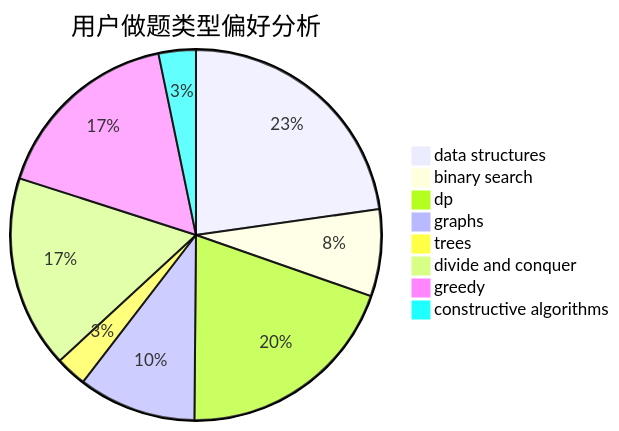
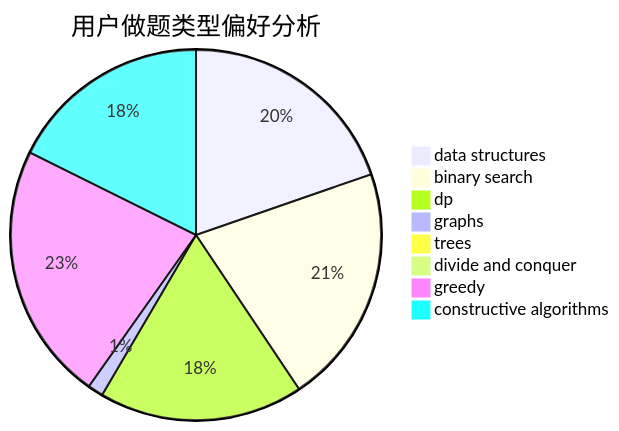
The second of 3 diagrams in docs/user/u891.md (sherpahu/cfrs.github.io), drawn with Mermaid before and after one commit. The commit also changed other lines of this file and 2770 other files, not shown here.

````diff
--- a/docs/user/u891.md
+++ b/docs/user/u891.md
@@ -23,11 +23,11 @@
 ```mermaid
 pie title 用户做题类型偏好分析
-    "data structures" :  84
-    "binary search" :  28
-    "dp" :  73
-    "graphs" :  38
-    "trees" :  10
-    "divide and conquer" :  62
-    "greedy" :  62
-    "constructive algorithms" :  12
+    "data structures" :  465
+    "binary search" :  494
+    "dp" :  421
+    "graphs" :  32
+    "trees" :  0
+    "divide and conquer" :  0
+    "greedy" :  532
+    "constructive algorithms" :  417
 ```
````
